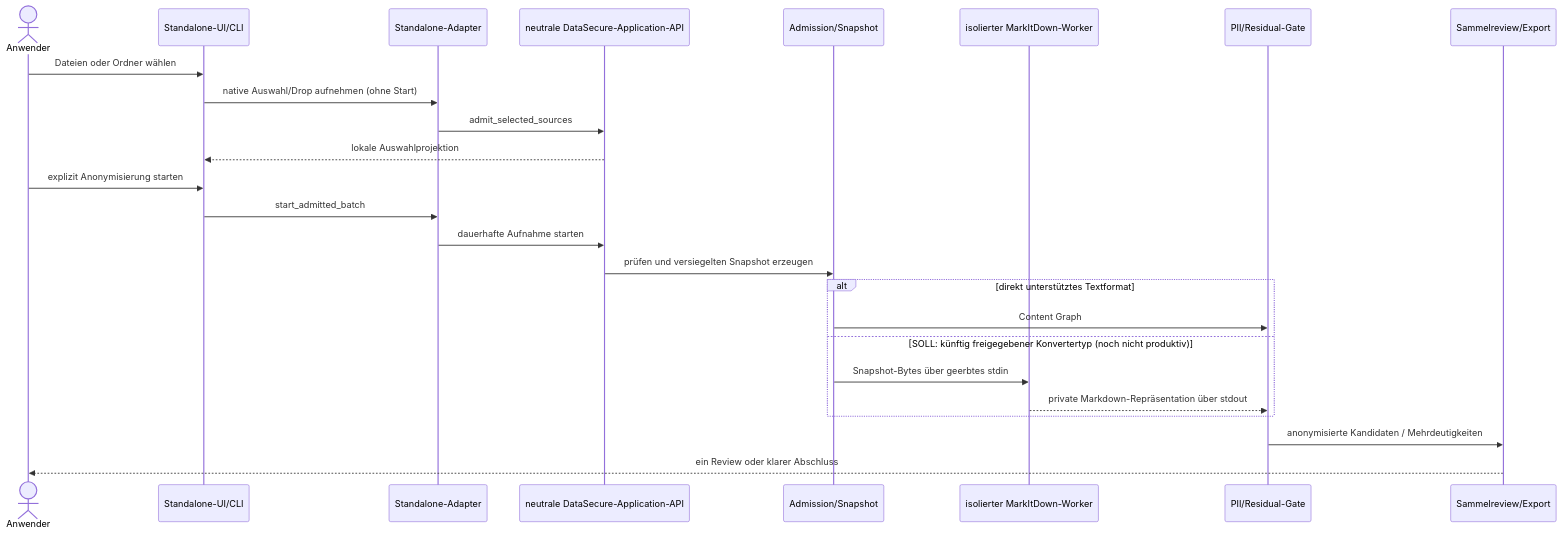
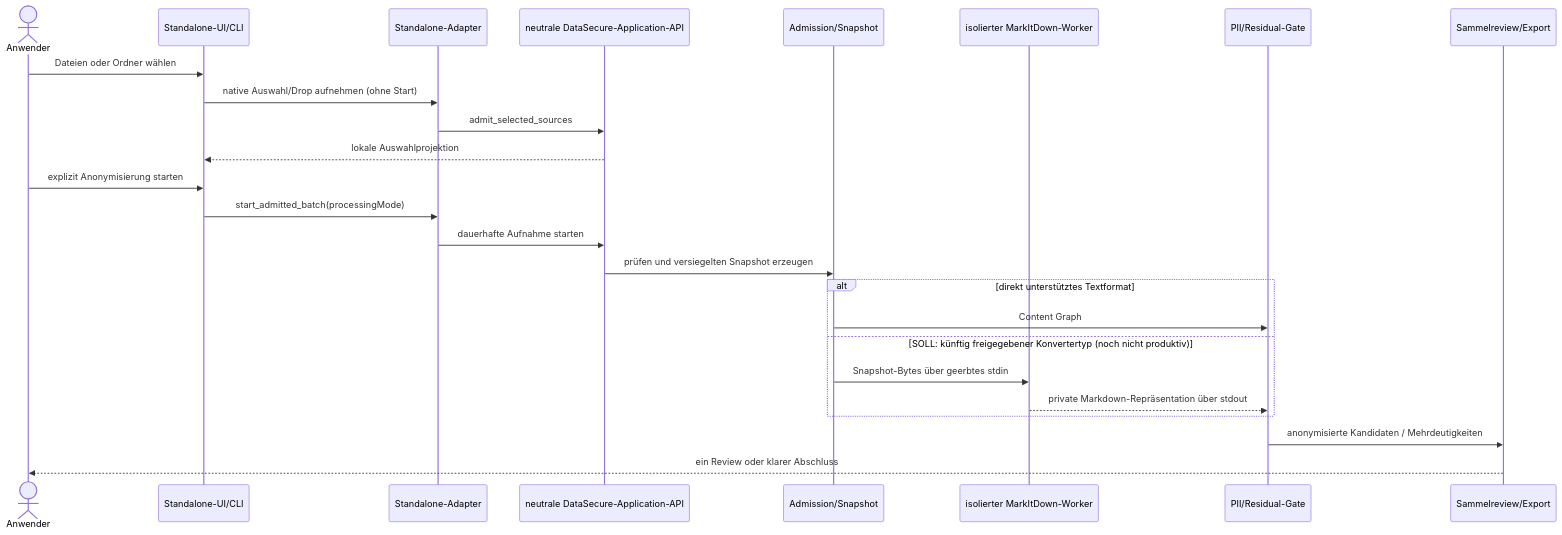
One commit to renepuhlmannarbeit/msg_gbh_DataSecure changed diagram 13 of 16 in docs/canonical/UML_ARCHITECTURE.md. Above: the diagram before and after it, drawn with Mermaid. The commit also changed other lines of this file and 36 other files, not shown here.

````diff
--- a/docs/canonical/UML_ARCHITECTURE.md
+++ b/docs/canonical/UML_ARCHITECTURE.md
@@ -495,27 +495,27 @@
 ```mermaid
 sequenceDiagram
   actor U as Anwender
   participant S as Standalone-UI/CLI
   participant A as Standalone-Adapter
   participant E as neutrale DataSecure-Application-API
   participant I as Admission/Snapshot
   participant M as isolierter MarkItDown-Worker
   participant P as PII/Residual-Gate
   participant V as Sammelreview/Export
   U->>S: Dateien oder Ordner wählen
   S->>A: native Auswahl/Drop aufnehmen (ohne Start)
   A->>E: admit_selected_sources
   E-->>S: lokale Auswahlprojektion
   U->>S: explizit Anonymisierung starten
-  S->>A: start_admitted_batch
+  S->>A: start_admitted_batch(processingMode)
   A->>E: dauerhafte Aufnahme starten
   E->>I: prüfen und versiegelten Snapshot erzeugen
   alt direkt unterstütztes Textformat
     I->>P: Content Graph
   else SOLL: künftig freigegebener Konvertertyp (noch nicht produktiv)
     I->>M: Snapshot-Bytes über geerbtes stdin
     M-->>P: private Markdown-Repräsentation über stdout
   end
   P->>V: anonymisierte Kandidaten / Mehrdeutigkeiten
   V-->>U: ein Review oder klarer Abschluss
 ```
````
